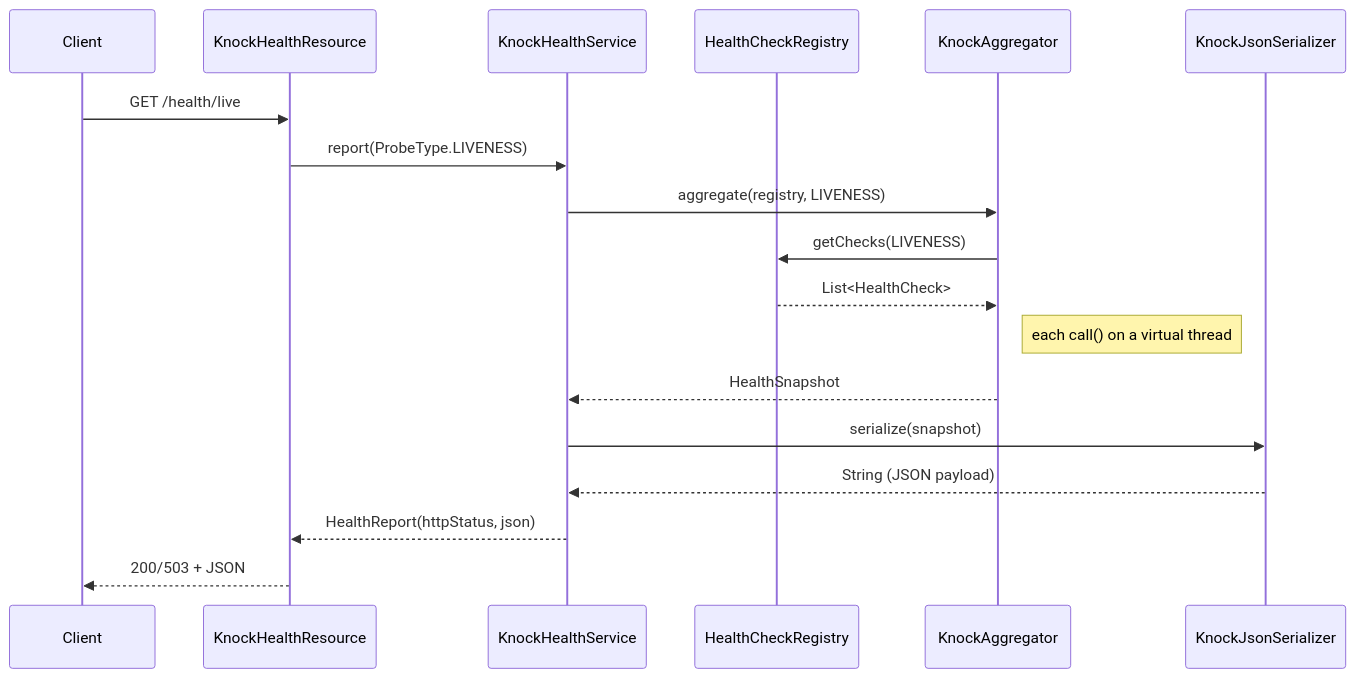
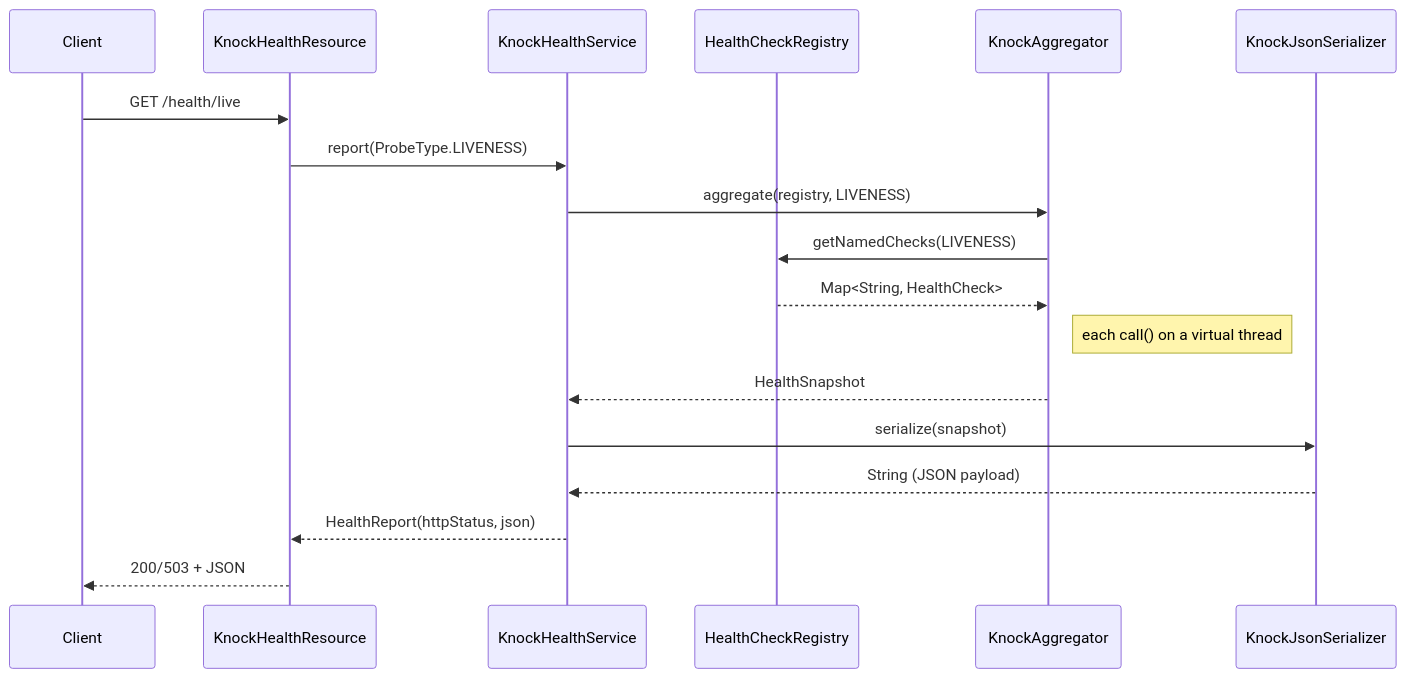
The diagram in vidocq-components/vidocq-components-microprofile/knock/docs/en/modules/ROOT/pages/internals.adoc (vidocq-stack/vidocq), drawn with Mermaid before and after one commit. The commit also changed other lines of this file and 176 other files, not shown here.

```diff
--- a/vidocq-components/vidocq-components-microprofile/knock/docs/en/modules/ROOT/pages/internals.adoc
+++ b/vidocq-components/vidocq-components-microprofile/knock/docs/en/modules/ROOT/pages/internals.adoc
@@ -70,22 +70,22 @@
 [mermaid]
 ....
 sequenceDiagram
   participant Client
   participant REST as KnockHealthResource
   participant SVC as KnockHealthService
   participant REG as HealthCheckRegistry
   participant AGG as KnockAggregator
   participant SER as KnockJsonSerializer
 
   Client->>REST: GET /health/live
   REST->>SVC: report(ProbeType.LIVENESS)
   SVC->>AGG: aggregate(registry, LIVENESS)
-  AGG->>REG: getChecks(LIVENESS)
-  REG-->>AGG: List<HealthCheck>
+  AGG->>REG: getNamedChecks(LIVENESS)
+  REG-->>AGG: Map<String, HealthCheck>
   Note right of AGG: each call() on a virtual thread
   AGG-->>SVC: HealthSnapshot
   SVC->>SER: serialize(snapshot)
   SER-->>SVC: String (JSON payload)
   SVC-->>REST: HealthReport(httpStatus, json)
   REST-->>Client: 200/503 + JSON
 ....
```
